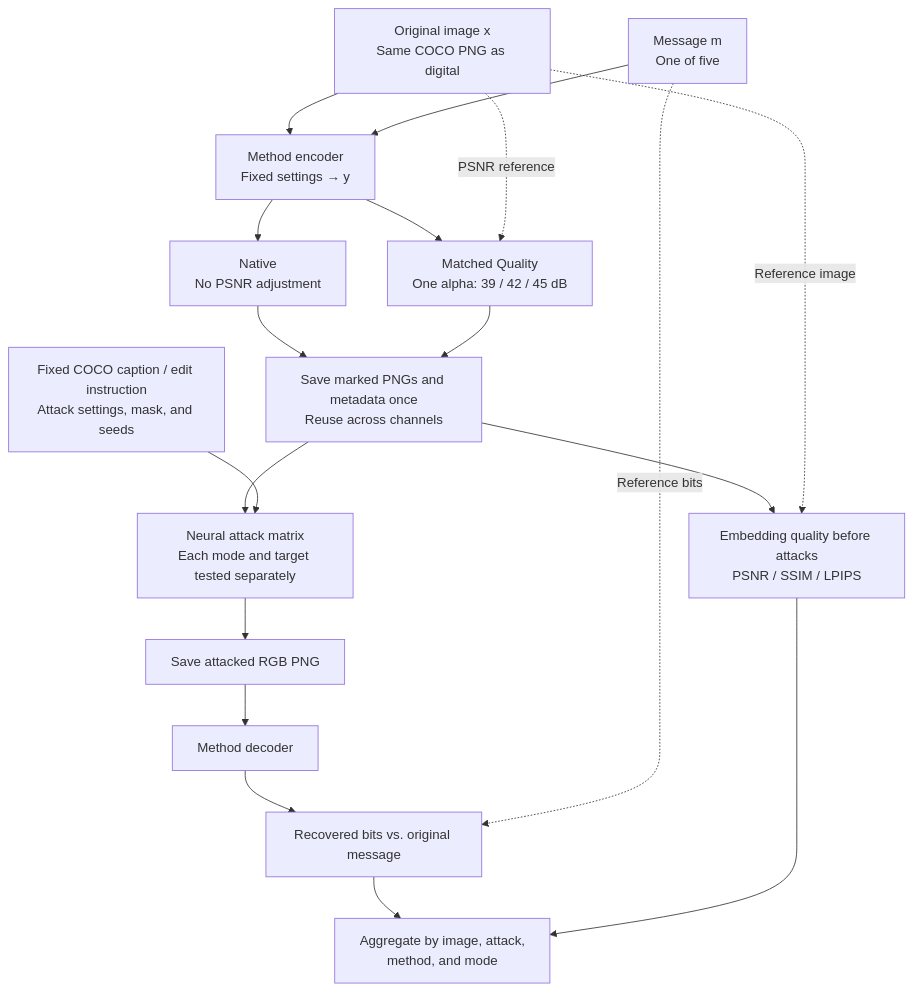
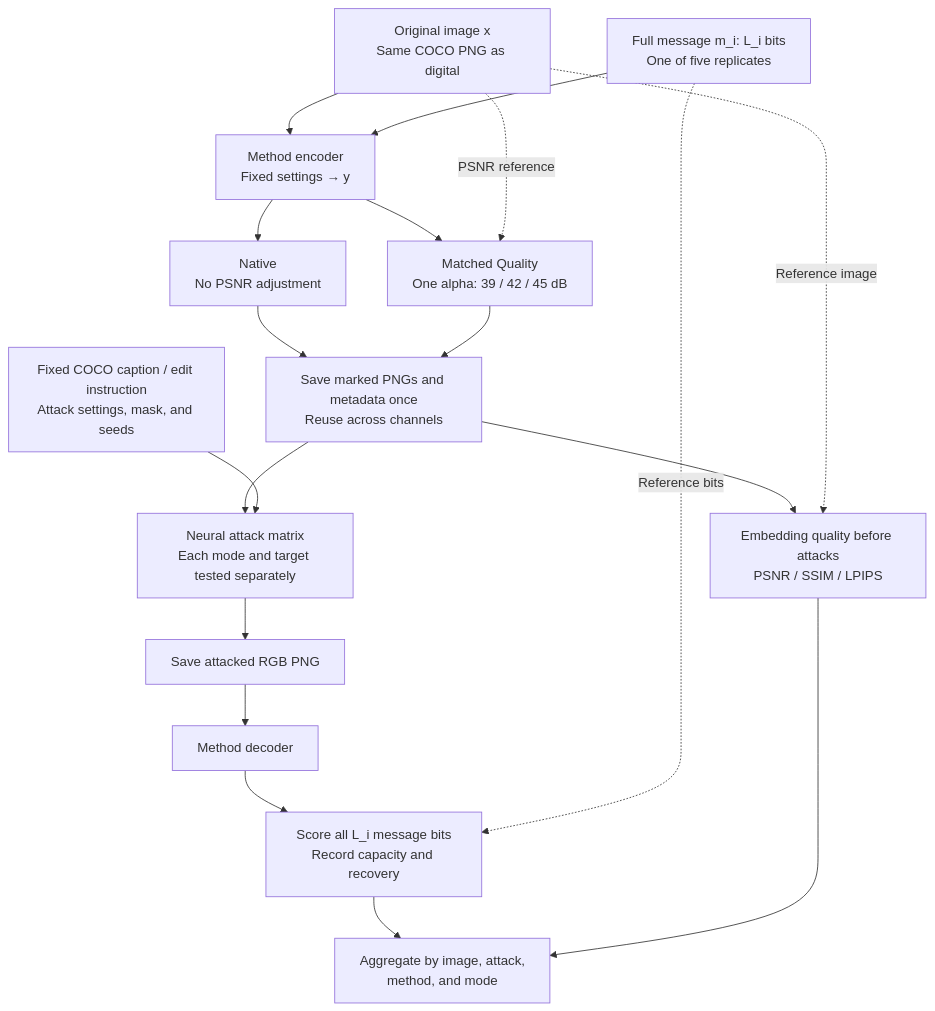
The diagram in docs/neural-channel-protocol.md (lonay01/stego-benchmark), drawn with Mermaid before and after one commit. The commit also changed other lines of this file and 4 other files, not shown here.

````diff
--- a/docs/neural-channel-protocol.md
+++ b/docs/neural-channel-protocol.md
@@ -63,23 +67,23 @@
 ```mermaid
 flowchart TD
     X["Original image x<br/>Same COCO PNG as digital"]
-    M["Message m<br/>One of five"]
+    M["Full message m_i: L_i bits<br/>One of five replicates"]
     E["Method encoder<br/>Fixed settings → y"]
     X --> E
     M --> E
     E --> N["Native<br/>No PSNR adjustment"]
     E --> Q["Matched Quality<br/>One alpha: 39 / 42 / 45 dB"]
     X -. "PSNR reference" .-> Q
     N --> S["Save marked PNGs and metadata once<br/>Reuse across channels"]
     Q --> S
     S --> A["Neural attack matrix<br/>Each mode and target tested separately"]
     C["Fixed COCO caption / edit instruction<br/>Attack settings, mask, and seeds"] --> A
     A --> O["Save attacked RGB PNG"]
     O --> D["Method decoder"]
-    D --> B["Recovered bits vs. original message"]
+    D --> B["Score all L_i message bits<br/>Record capacity and recovery"]
     M -. "Reference bits" .-> B
     S --> K["Embedding quality before attacks<br/>PSNR / SSIM / LPIPS"]
     X -. "Reference image" .-> K
     B --> R["Aggregate by image, attack,<br/>method, and mode"]
     K --> R
 ```
````
